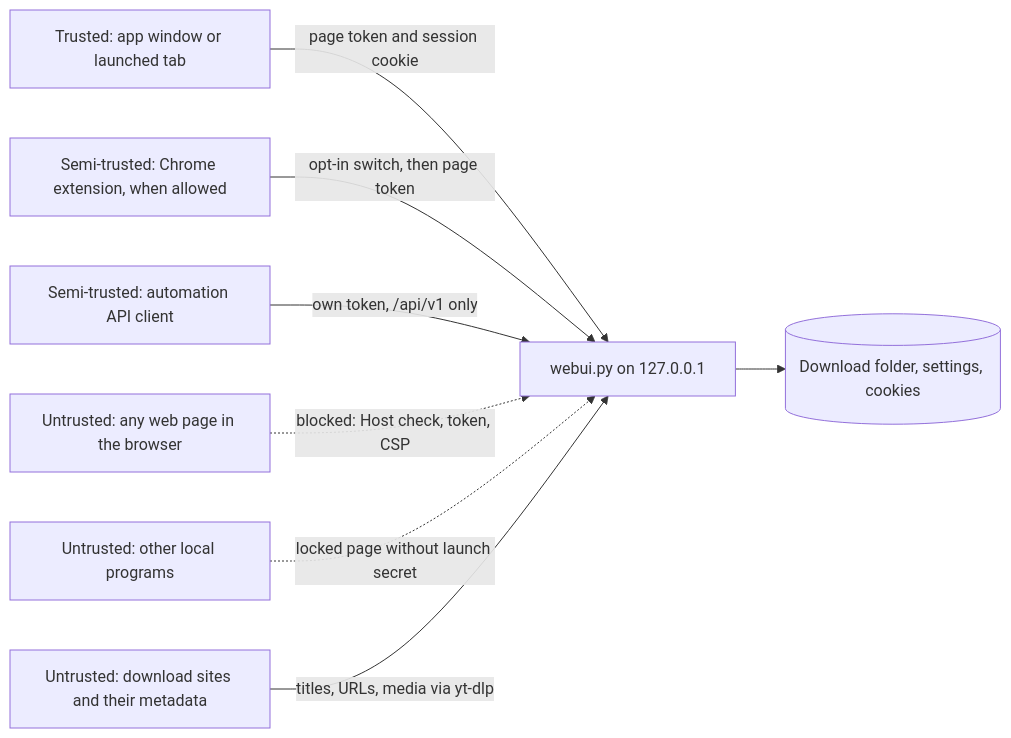
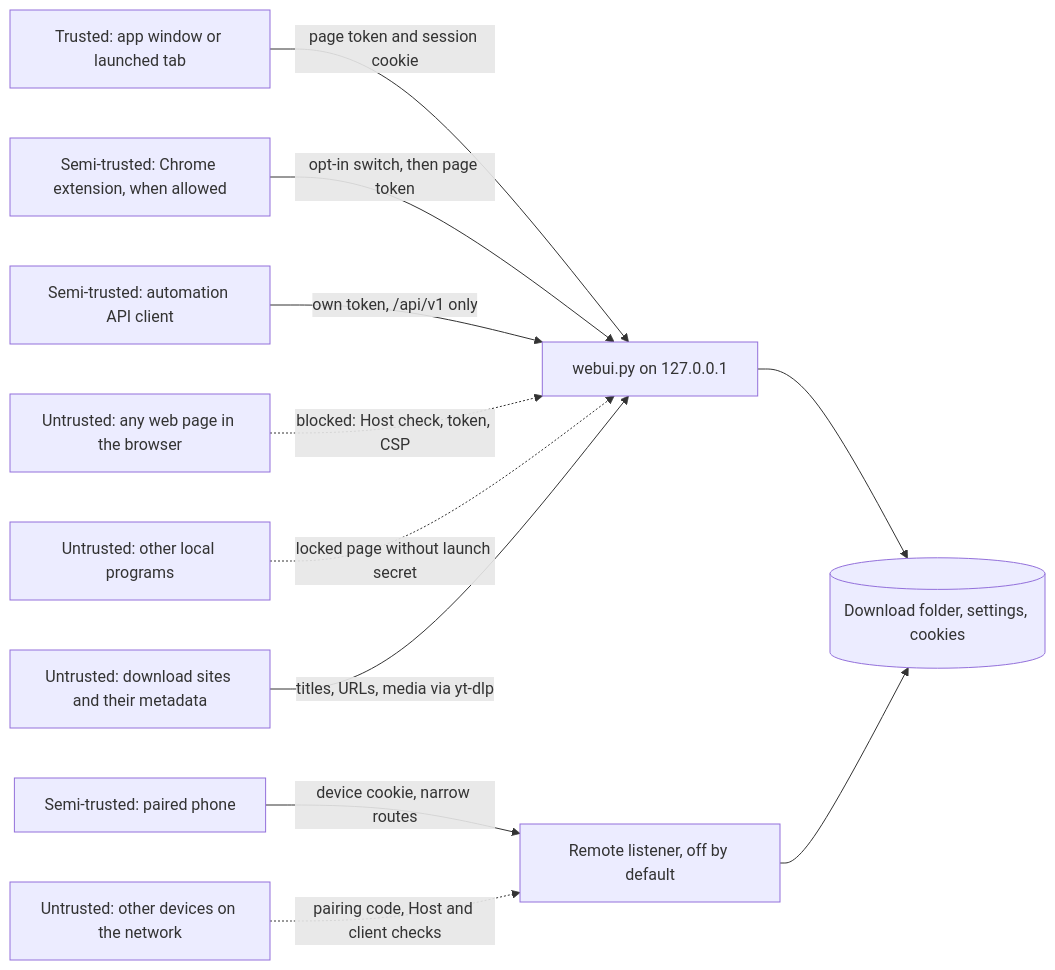
Before and after one commit to Jaffbin/Video-Crawler: the diagram in docs/SECURITY_MODEL.md, drawn with Mermaid. The commit also changed other lines of this file and 2 other files, not shown here.

Commit message:
docs(adr): design remote access as a separate listener with paired devices

````diff
--- a/docs/SECURITY_MODEL.md
+++ b/docs/SECURITY_MODEL.md
@@ -21,18 +23,24 @@
 ```mermaid
 flowchart LR
     UI["Trusted: app window or launched tab"]
     EXT["Semi-trusted: Chrome extension, when allowed"]
     API["Semi-trusted: automation API client"]
     WEB["Untrusted: any web page in the browser"]
     LOCALPROC["Untrusted: other local programs"]
     SERVER["webui.py on 127.0.0.1"]
     FS[("Download folder, settings, cookies")]
     SITE["Untrusted: download sites and their metadata"]
+    PHONE["Semi-trusted: paired phone"]
+    LAN["Untrusted: other devices on the network"]
+    REMOTE["Remote listener, off by default"]
     UI -- "page token and session cookie" --> SERVER
     EXT -- "opt-in switch, then page token" --> SERVER
     API -- "own token, /api/v1 only" --> SERVER
     WEB -. "blocked: Host check, token, CSP" .-> SERVER
     LOCALPROC -. "locked page without launch secret" .-> SERVER
     SERVER --> FS
     SITE -- "titles, URLs, media via yt-dlp" --> SERVER
+    PHONE -- "device cookie, narrow routes" --> REMOTE
+    LAN -. "pairing code, Host and client checks" .-> REMOTE
+    REMOTE --> FS
 ```
````
